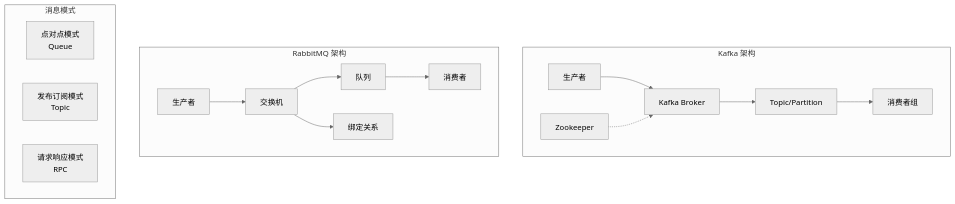
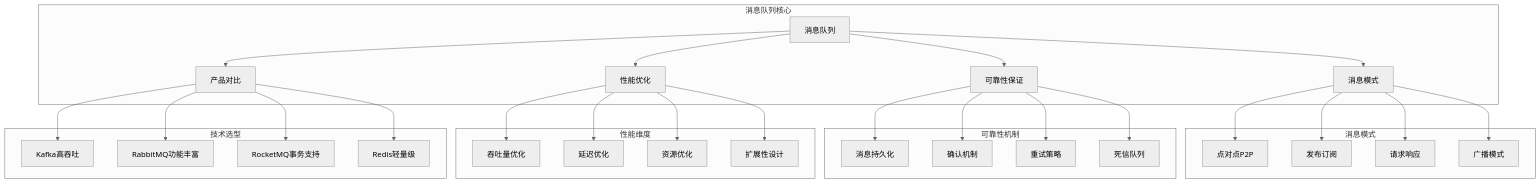
One commit to ming-xwolf/IQB changed the diagram in questions/backend/message-queues.md. Above: the diagram before and after it, drawn with Mermaid (neutral theme). The commit also changed other lines of this file and 23 other files, not shown here.

Commit message:
优化后端面试题：重构理论与代码分离，优化Mermaid图表和文档结构

````diff
--- a/questions/backend/message-queues.md
+++ b/questions/backend/message-queues.md
@@ -22,22 +37,37 @@
 ```mermaid
 graph TB
-    subgraph "Kafka 架构"
-        K_Producer[生产者] --> K_Broker[Kafka Broker]
-        K_Broker --> K_Topic[Topic/Partition]
-        K_Topic --> K_Consumer[消费者组]
-        K_Zookeeper[Zookeeper] -.-> K_Broker
-    end
-    
-    subgraph "RabbitMQ 架构"
-        R_Producer[生产者] --> R_Exchange[交换机]
-        R_Exchange --> R_Queue[队列]
-        R_Queue --> R_Consumer[消费者]
-        R_Exchange --> R_Binding[绑定关系]
+    subgraph "消息队列核心"
+        A[消息队列] --> B[消息模式]
+        A --> C[可靠性保证]
+        A --> D[性能优化]
+        A --> E[产品对比]
     end
     
     subgraph "消息模式"
-        P2P[点对点模式<br/>Queue]
-        PubSub[发布订阅模式<br/>Topic]
-        ReqReply[请求响应模式<br/>RPC]
+        B --> F[点对点P2P]
+        B --> G[发布订阅]
+        B --> H[请求响应]
+        B --> I[广播模式]
+    end
+    
+    subgraph "可靠性机制"
+        C --> J[消息持久化]
+        C --> K[确认机制]
+        C --> L[重试策略]
+        C --> M[死信队列]
+    end
+    
+    subgraph "性能维度"
+        D --> N[吞吐量优化]
+        D --> O[延迟优化]
+        D --> P[资源优化]
+        D --> Q[扩展性设计]
+    end
+    
+    subgraph "技术选型"
+        E --> R[Kafka高吞吐]
+        E --> S[RabbitMQ功能丰富]
+        E --> T[RocketMQ事务支持]
+        E --> U[Redis轻量级]
     end
 ```
````
